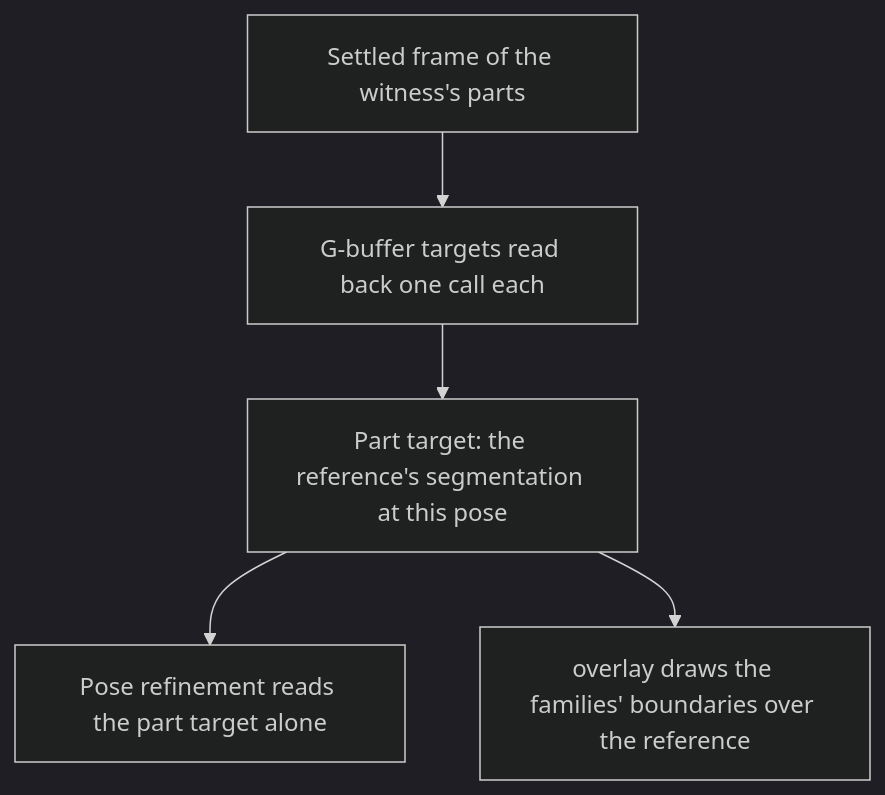
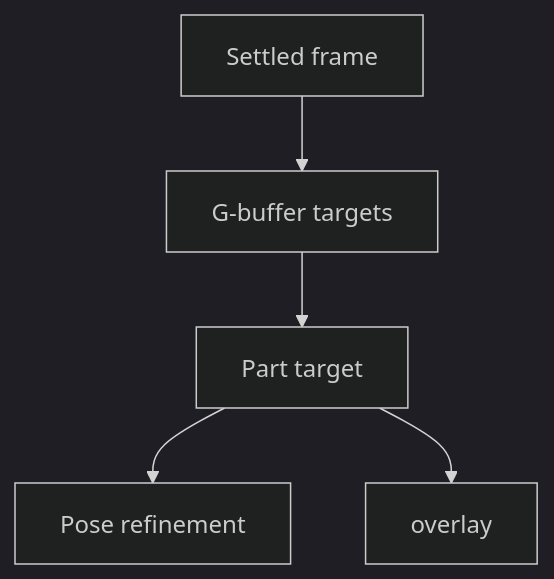
Before and after one commit to Esposter/Esposter: the diagram in openspec/specs/genshin/parity/witness/design.md, drawn with Mermaid (dark theme). The commit also changed other lines of this file and 11 other files, not shown here.

````diff
--- a/openspec/specs/genshin/parity/witness/design.md
+++ b/openspec/specs/genshin/parity/witness/design.md
@@ -13,7 +13,7 @@
 ```mermaid
 flowchart TD
-  FRAME["Settled frame of the witness's parts"] --> GB["G-buffer targets read back one call each"]
-  GB --> PT["Part target: the reference's segmentation at this pose"]
-  PT --> REFINE["Pose refinement reads the part target alone"]
-  PT --> OVERLAY["overlay draws the families' boundaries over the reference"]
+  FRAME["Settled frame"] --> GB["G-buffer targets"]
+  GB --> PT["Part target"]
+  PT --> REFINE["Pose refinement"]
+  PT --> OVERLAY["overlay"]
 ```
````
